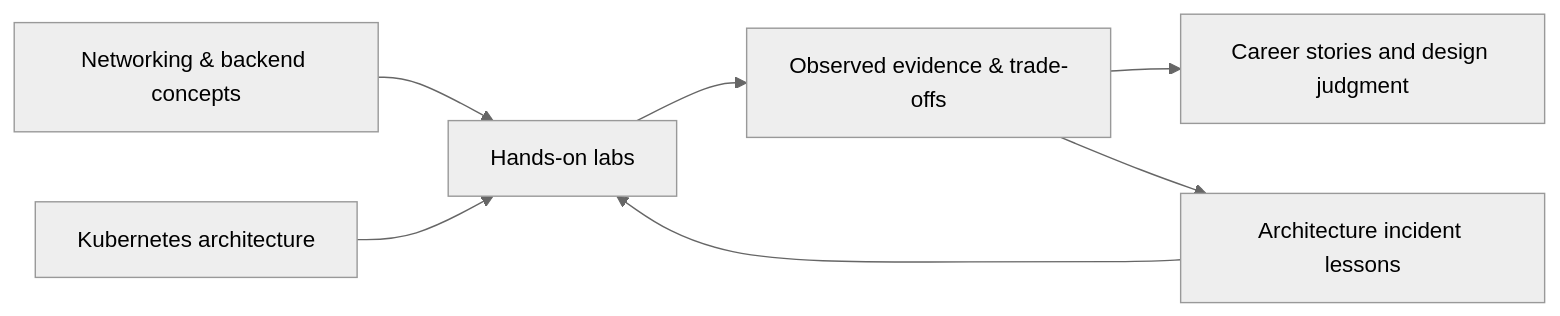
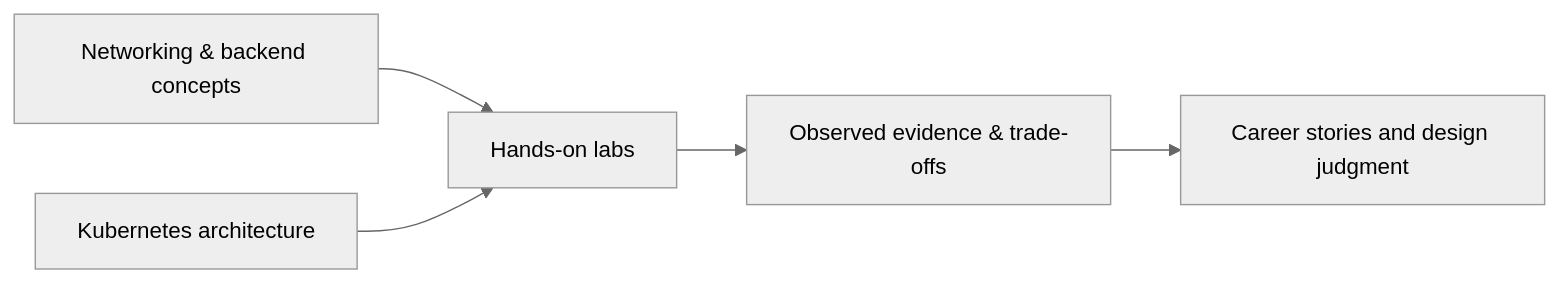
One commit to samperay/wiki changed the first of 2 diagrams in docs/index.md. Above: the diagram before and after it, drawn with Mermaid (neutral theme). The commit also changed other lines of this file and 29 other files, not shown here.

````diff
--- a/docs/index.md
+++ b/docs/index.md
@@ -35,9 +32,7 @@
 ```mermaid
 flowchart LR
     N[Networking & backend concepts] --> L[Hands-on labs]
     K[Kubernetes architecture] --> L
-    A[Architecture incident lessons] --> L
     L --> E[Observed evidence & trade-offs]
     E --> C[Career stories and design judgment]
-    E --> A
 ```
````
